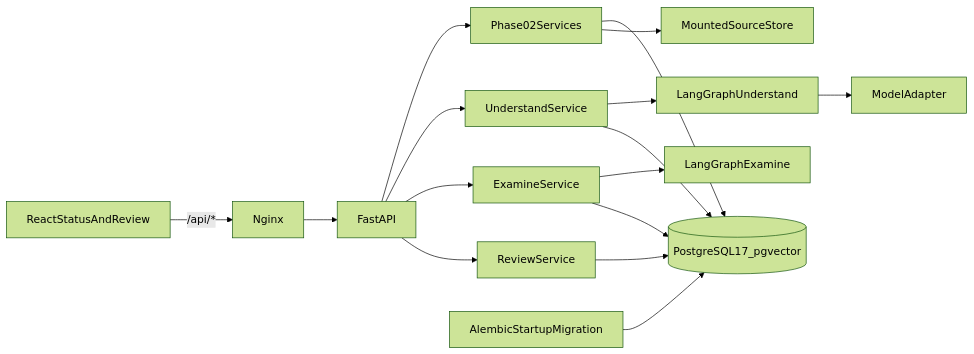
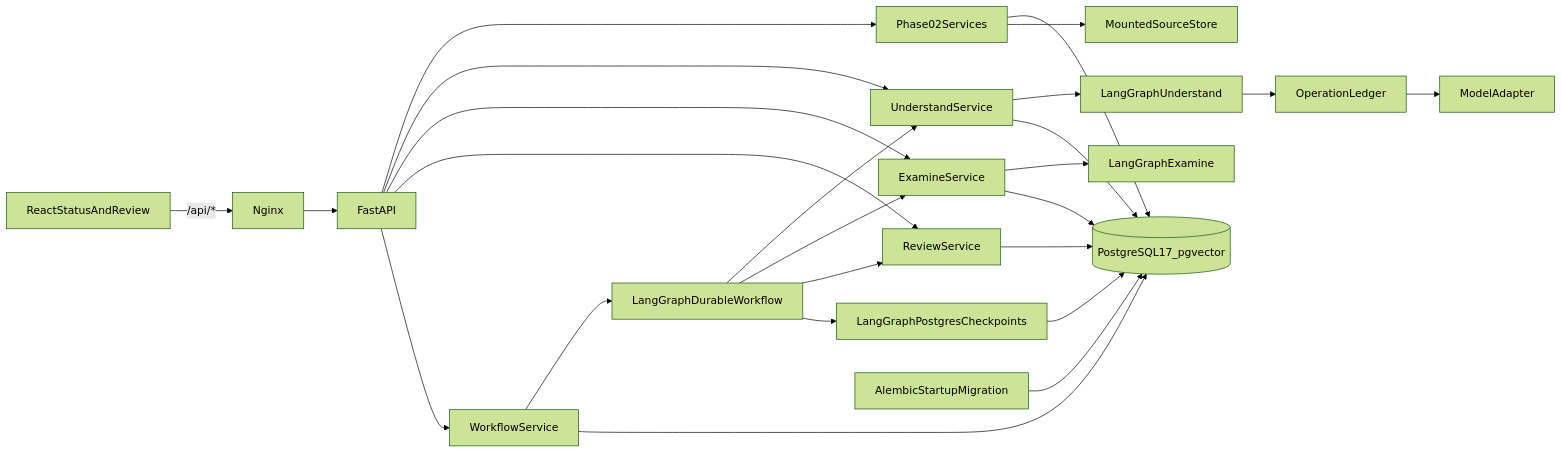
One commit to Rahul9214/doctask-rahul-ranjan changed the first of 6 diagrams in docs/architecture.md. Above: the diagram before and after it, drawn with Mermaid (forest theme). The commit also changed other lines of this file and 34 other files, not shown here.

Commit message:
feat: add durable workflow resume and idempotency

````diff
--- a/docs/architecture.md
+++ b/docs/architecture.md
@@ -55,18 +62,27 @@
 ```mermaid
 flowchart LR
     Browser[ReactStatusAndReview] -->|/api/*| Nginx[Nginx]
     Nginx --> API[FastAPI]
     API --> P2[Phase02Services]
     API --> P3[UnderstandService]
     API --> P4[ExamineService]
     API --> P5[ReviewService]
+    API --> P6[WorkflowService]
+    P6 --> DurableGraph[LangGraphDurableWorkflow]
+    DurableGraph --> P3
+    DurableGraph --> P4
+    DurableGraph --> P5
     P3 --> Graph[LangGraphUnderstand]
     P4 --> ExamineGraph[LangGraphExamine]
-    Graph --> Model[ModelAdapter]
+    Graph --> Ledger[OperationLedger]
+    Ledger --> Model[ModelAdapter]
     P2 --> DB[(PostgreSQL17_pgvector)]
     P3 --> DB
     P4 --> DB
     P5 --> DB
+    P6 --> DB
+    DurableGraph --> Checkpoints[LangGraphPostgresCheckpoints]
+    Checkpoints --> DB
     P2 --> Store[MountedSourceStore]
     Alembic[AlembicStartupMigration] --> DB
 ```
````
